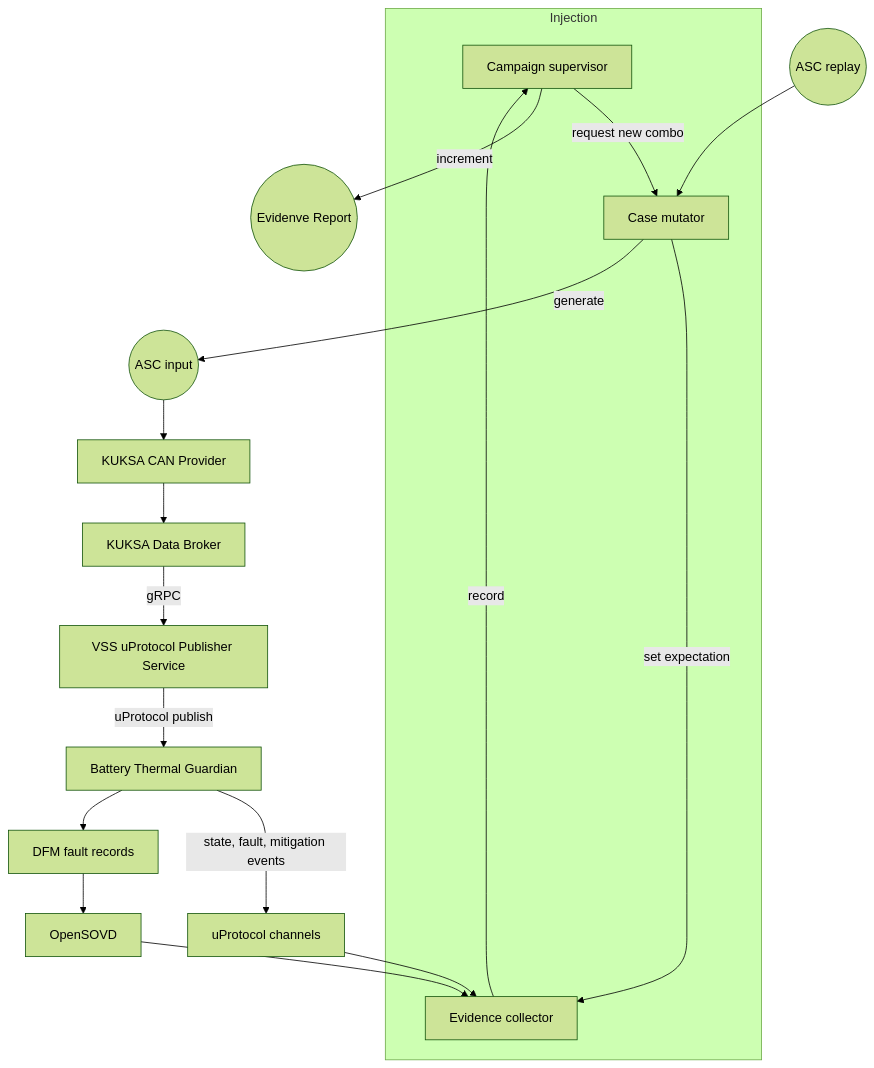
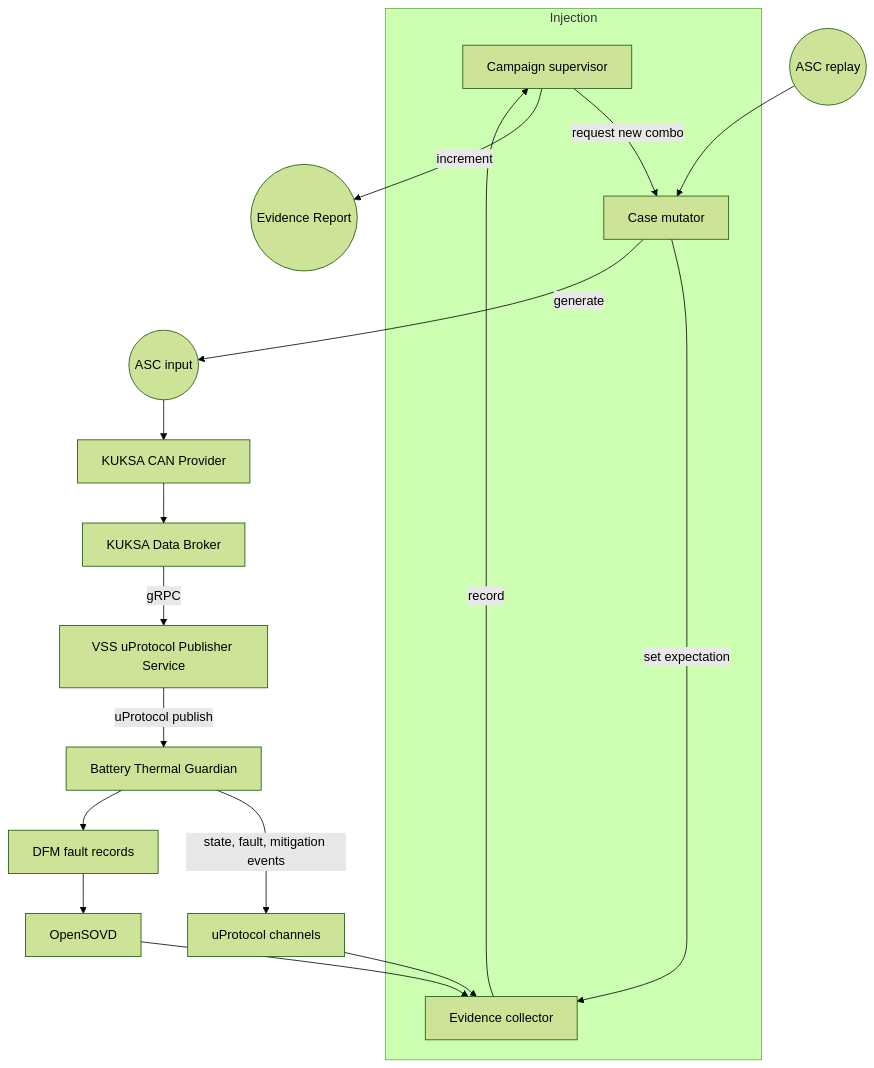
Before and after one commit to Eclipse-SDV-Hackathon-Chapter-Four/Weeping-Angel: the diagram in PLAN.md, drawn with Mermaid (forest theme).

````diff
--- a/PLAN.md
+++ b/PLAN.md
@@ -4,22 +4,22 @@
 ```mermaid
 flowchart
   subgraph Injection
       SUPER[Campaign supervisor] -->|request new combo| MUT
       MUT -->|set expectation| EV
       EV -->|record| SUPER
   end
   SRC_ORG((ASC replay)) --> MUT[Mutator]
   MUT[Case mutator] -->|generate| SRC_MUT((ASC input)) --> CANP[KUKSA CAN Provider]
   CANP --> KDB[KUKSA Data Broker]
   KDB -->|gRPC| VSSUP[VSS uProtocol Publisher Service]
   VSSUP -->|uProtocol publish| G[Battery Thermal Guardian]
 
   G -->|state, fault, mitigation events| UBUS
   G --> DFM[DFM fault records]
   DFM --> SOVD[OpenSOVD]
 
   UBUS[uProtocol channels] --> EV[Evidence collector]
   SOVD --> EV
   
-  SUPER -->|increment| REP((Evidenve Report))
+  SUPER -->|increment| REP((Evidence Report))
 ```
````
